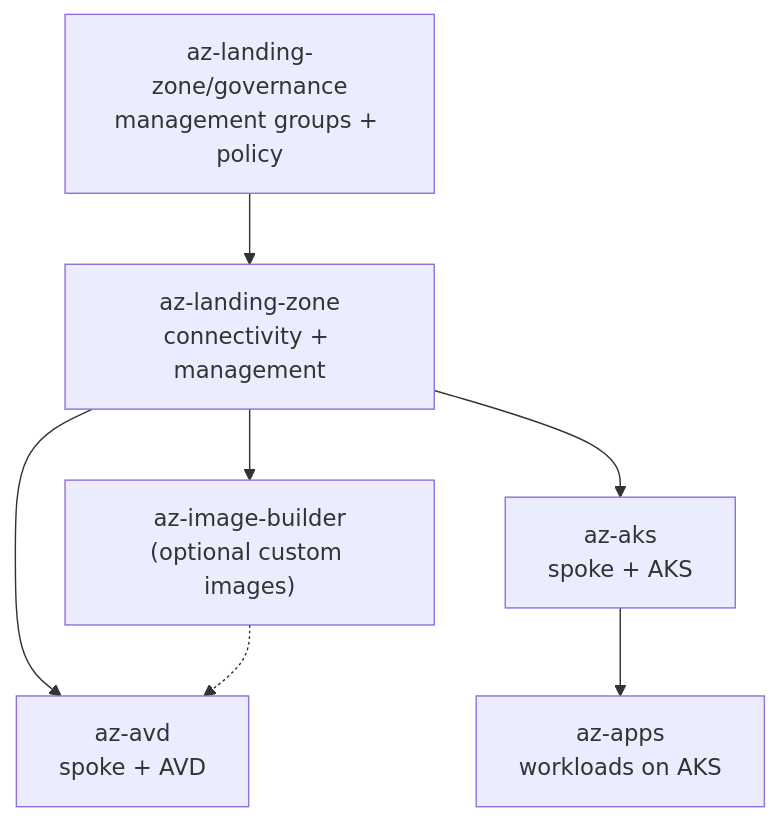
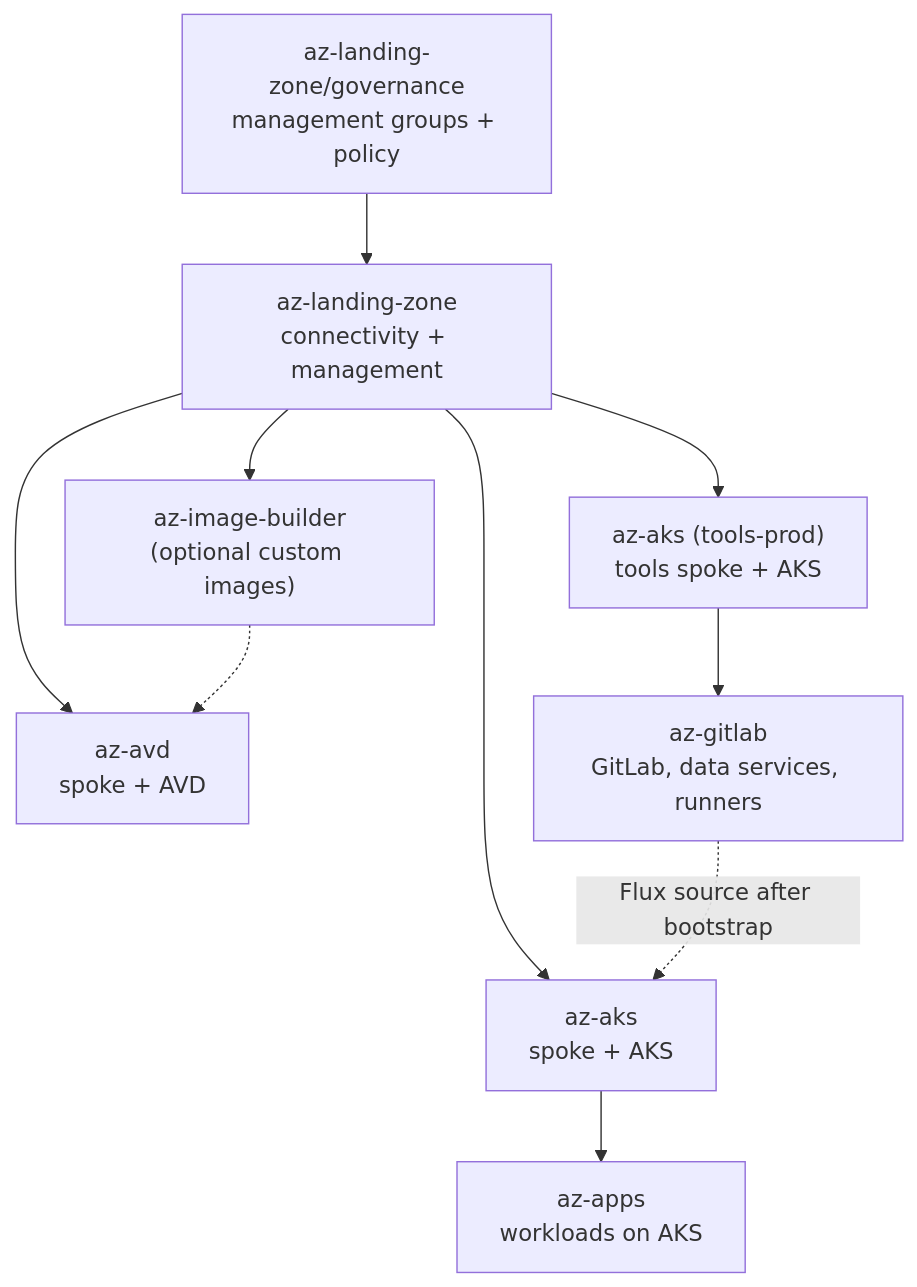
Before and after one commit to mipapi1/azure-infrastructure: the second of 4 diagrams in docs/ARCHITECTURE.md, drawn with Mermaid. The commit also changed other lines of this file and 86 other files, not shown here.

Commit message:
adding aks/gitlab/image builder to stack

````diff
--- a/docs/ARCHITECTURE.md
+++ b/docs/ARCHITECTURE.md
@@ -88,9 +88,12 @@
 ```mermaid
 flowchart TD
   mg["az-landing-zone/governance<br/>management groups + policy"] --> hub["az-landing-zone<br/>connectivity + management"]
   hub --> aib["az-image-builder<br/>(optional custom images)"]
   hub --> avd["az-avd<br/>spoke + AVD"]
   hub --> aks["az-aks<br/>spoke + AKS"]
+  hub --> tools["az-aks (tools-prod)<br/>tools spoke + AKS"]
   aib -.-> avd
   aks --> apps["az-apps<br/>workloads on AKS"]
+  tools --> gitlab["az-gitlab<br/>GitLab, data services, runners"]
+  gitlab -.Flux source after bootstrap.-> aks
 ```
````
